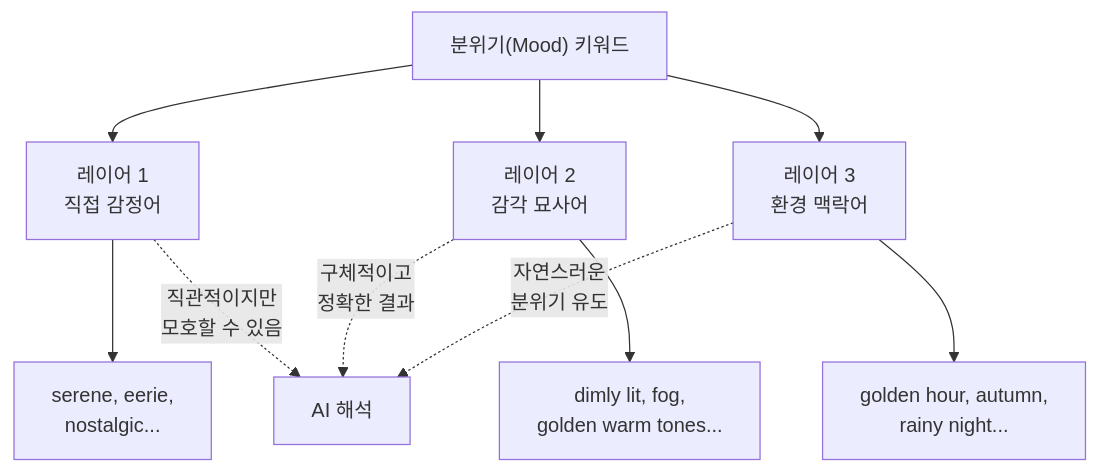
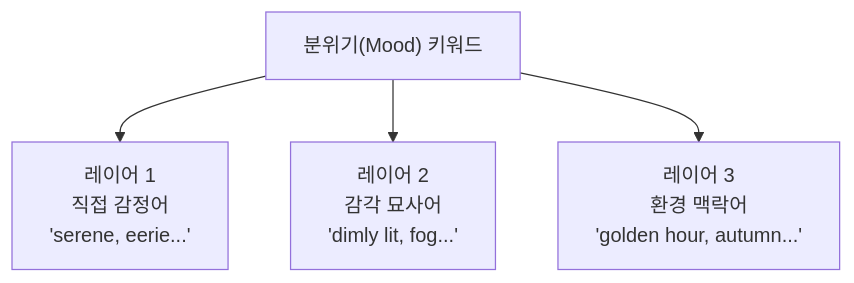
Before and after one commit to jsonpassion/forge-tutorial-promptcanvas: the diagram in 02-ch2-프롬프트-구조-마스터/05-05-분위기와-감정-키워드-전략.md, drawn with Mermaid. The commit also changed other lines of this file and 12 other files, not shown here.

````diff
--- a/02-ch2-프롬프트-구조-마스터/05-05-분위기와-감정-키워드-전략.md
+++ b/02-ch2-프롬프트-구조-마스터/05-05-분위기와-감정-키워드-전략.md
@@ -73,14 +74,6 @@
 ```mermaid
 flowchart TD
-    M["분위기(Mood) 키워드"] --> L1["레이어 1<br/>직접 감정어"]
-    M --> L2["레이어 2<br/>감각 묘사어"]
-    M --> L3["레이어 3<br/>환경 맥락어"]
-    
-    L1 --> E1["serene, eerie,<br/>nostalgic..."]
-    L2 --> E2["dimly lit, fog,<br/>golden warm tones..."]
-    L3 --> E3["golden hour, autumn,<br/>rainy night..."]
-    
-    L1 -.->|"직관적이지만<br/>모호할 수 있음"| R["AI 해석"]
-    L2 -.->|"구체적이고<br/>정확한 결과"| R
-    L3 -.->|"자연스러운<br/>분위기 유도"| R
+    M["분위기(Mood) 키워드"] --> L1["레이어 1<br/>직접 감정어<br/>'serene, eerie...'"]
+    M --> L2["레이어 2<br/>감각 묘사어<br/>'dimly lit, fog...'"]
+    M --> L3["레이어 3<br/>환경 맥락어<br/>'golden hour, autumn...'"]
 ```
````
